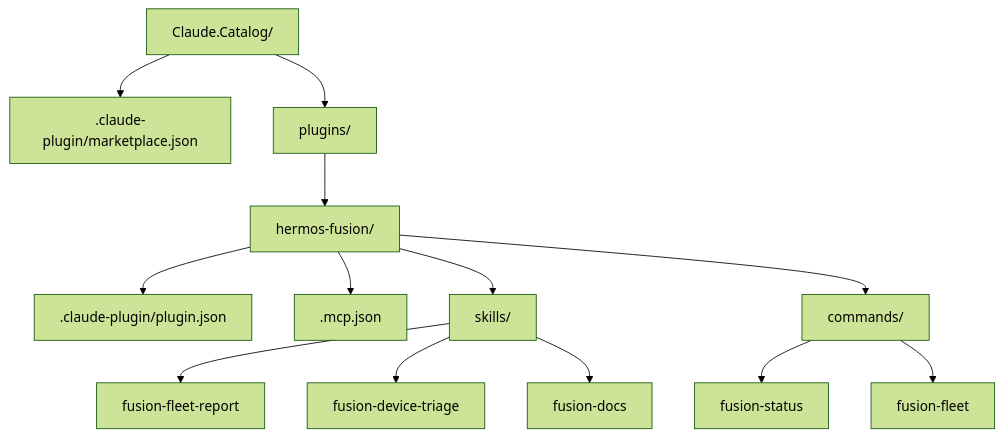
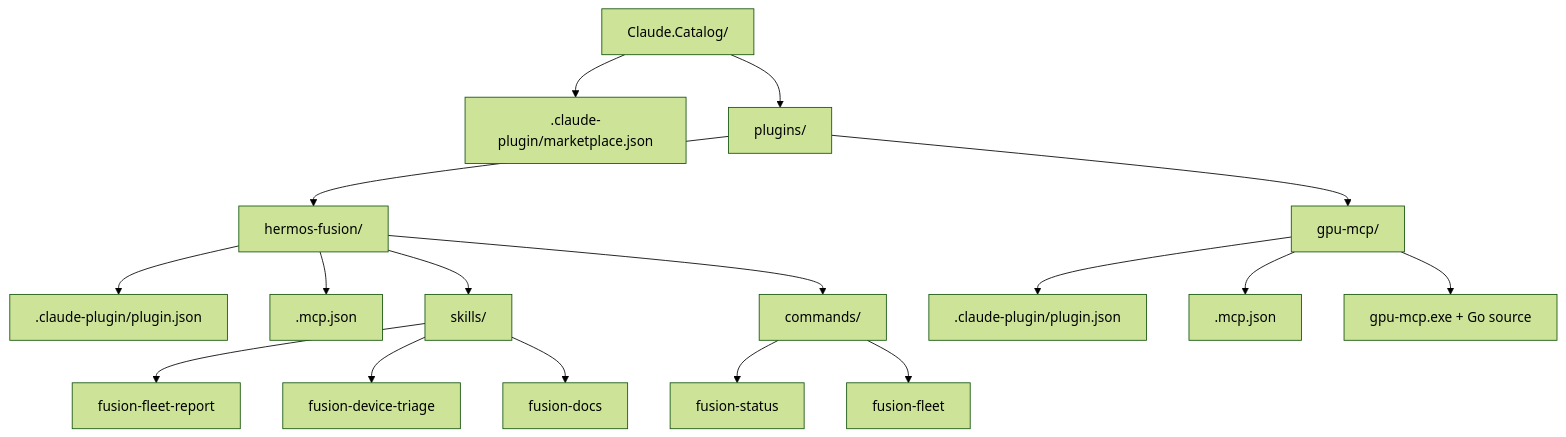
One commit to Hermos-AG/hermos-ai-marketplace changed the first of 4 diagrams in README.md. Above: the diagram before and after it, drawn with Mermaid (forest theme). The commit also changed other lines of this file and 23 other files, not shown here.

First line of the commit message:
feat(gpu-mcp): add initial release of gpu-mcp plugin with GPU monitoring and command execution capabilities

````diff
--- a/README.md
+++ b/README.md
@@ -32,15 +50,19 @@
 ```mermaid
 graph TD
     R["Claude.Catalog/"] --> M[".claude-plugin/marketplace.json"]
     R --> P["plugins/"]
     P --> F["hermos-fusion/"]
     F --> FM[".claude-plugin/plugin.json"]
     F --> FC[".mcp.json"]
     F --> FS["skills/"]
     F --> FK["commands/"]
     FS --> S1["fusion-fleet-report"]
     FS --> S2["fusion-device-triage"]
     FS --> S3["fusion-docs"]
     FK --> K1["fusion-status"]
     FK --> K2["fusion-fleet"]
+    P --> G["gpu-mcp/"]
+    G --> GM[".claude-plugin/plugin.json"]
+    G --> GC[".mcp.json"]
+    G --> GE["gpu-mcp.exe + Go source"]
 ```
````
